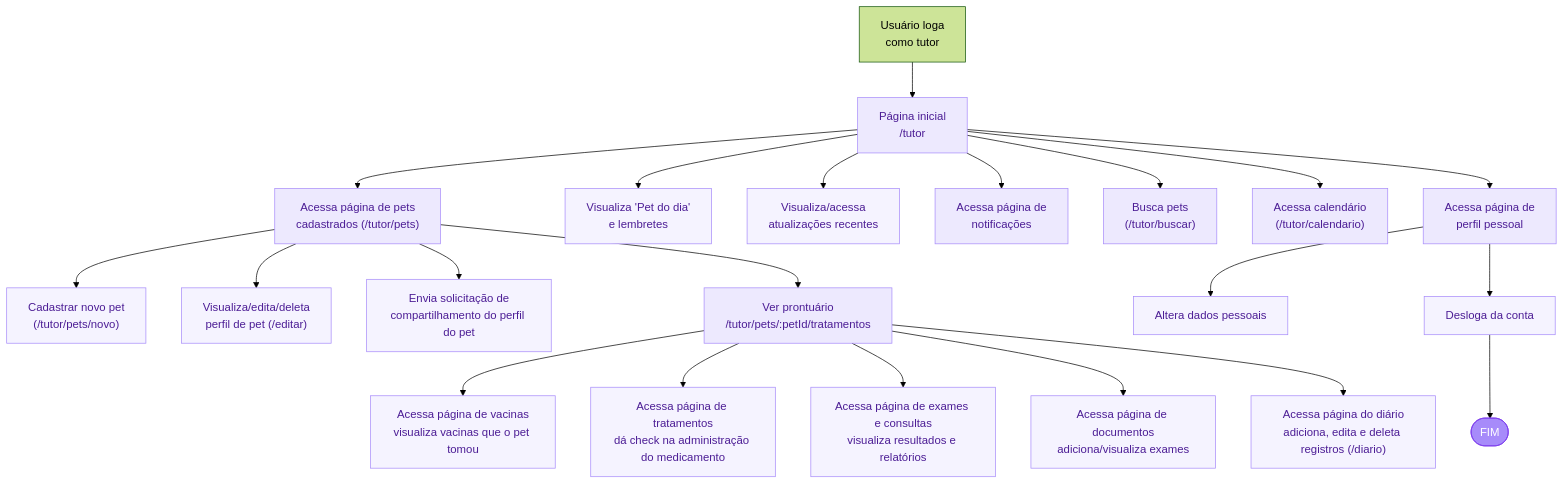
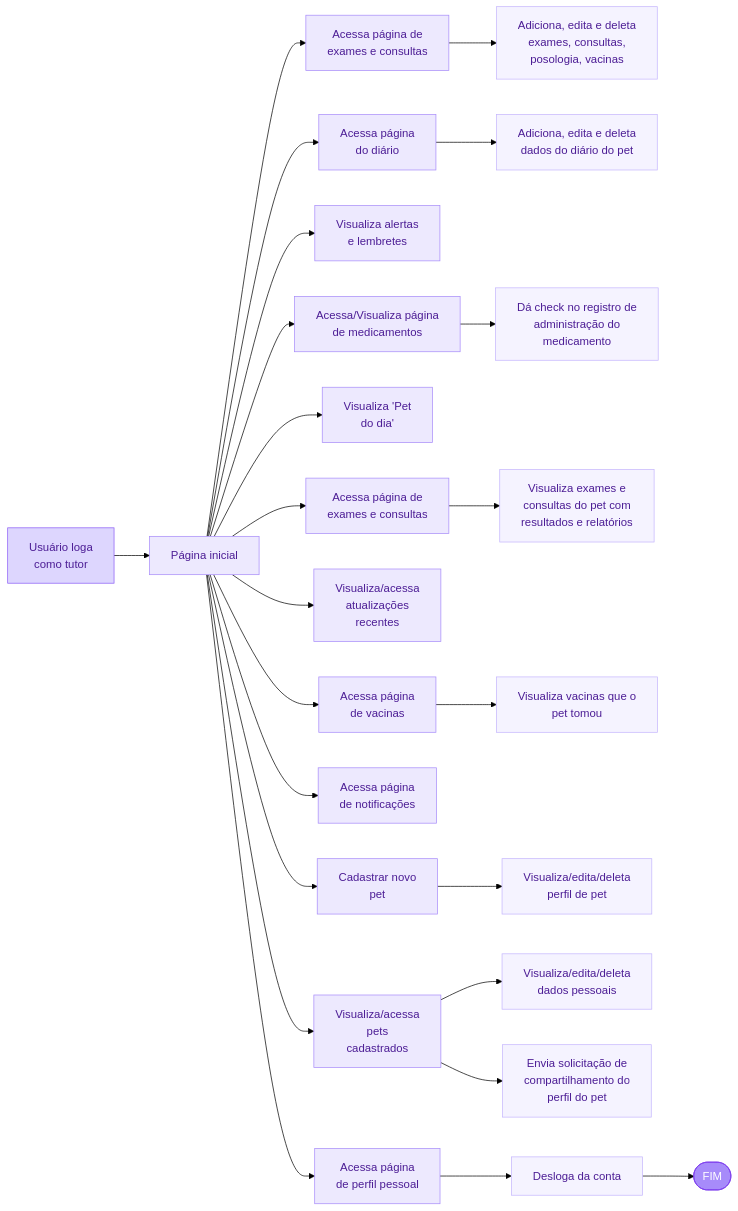
The second of 4 diagrams in docs-frontend-web-fluxo-wireframes.md (LaraPaulaSilva/petlife2copia), drawn with Mermaid (forest theme) before and after one commit. The commit also changed other lines of this file, not shown here.

Commit message:
docs: ajusta fluxograma para o padrão visual do grupo (3 blocos: login/tutor/vet)

````diff
--- a/docs-frontend-web-fluxo-wireframes.md
+++ b/docs-frontend-web-fluxo-wireframes.md
@@ -52,34 +56,48 @@
 ```mermaid
-flowchart TD
-    logaTutor["Usuário loga<br/>como tutor"] --> inicioT["Página inicial<br/>/tutor"]
+flowchart LR
+    logaTutor["Usuário loga<br/>como tutor"] --> inicioT["Página inicial"]
 
-    inicioT --> pets["Acessa página de pets<br/>cadastrados (/tutor/pets)"]
-    inicioT --> destaque["Visualiza 'Pet do dia'<br/>e lembretes"]
-    inicioT --> recentes["Visualiza/acessa<br/>atualizações recentes"]
-    inicioT --> notif["Acessa página de<br/>notificações"]
-    inicioT --> buscar["Busca pets<br/>(/tutor/buscar)"]
-    inicioT --> calendarioT["Acessa calendário<br/>(/tutor/calendario)"]
-    inicioT --> perfilT["Acessa página de<br/>perfil pessoal"]
+    %% paginas (coluna central) -> acoes (coluna esquerda)
+    inicioT --> p1["Acessa página de<br/>exames e consultas"]
+    p1 --> a1["Adiciona, edita e deleta<br/>exames, consultas,<br/>posologia, vacinas"]
 
-    pets --> novoPet["Cadastrar novo pet<br/>(/tutor/pets/novo)"]
-    pets --> editaPet["Visualiza/edita/deleta<br/>perfil de pet (/editar)"]
-    pets --> compartilhar["Envia solicitação de<br/>compartilhamento do perfil do pet"]
-    pets --> prontuarioT["Ver prontuário<br/>/tutor/pets/:petId/tratamentos"]
+    inicioT --> p2["Acessa página<br/>do diário"]
+    p2 --> a2["Adiciona, edita e deleta<br/>dados do diário do pet"]
 
-    prontuarioT --> vacinasT["Acessa página de vacinas<br/>visualiza vacinas que o pet tomou"]
-    prontuarioT --> medsT["Acessa página de tratamentos<br/>dá check na administração do medicamento"]
-    prontuarioT --> consultasT["Acessa página de exames e consultas<br/>visualiza resultados e relatórios"]
-    prontuarioT --> docsT["Acessa página de documentos<br/>adiciona/visualiza exames"]
-    prontuarioT --> diarioT["Acessa página do diário<br/>adiciona, edita e deleta registros (/diario)"]
+    inicioT --> p3["Visualiza alertas<br/>e lembretes"]
 
-    perfilT --> dadosT["Altera dados pessoais"]
-    perfilT --> logoutT["Desloga da conta"]
-    logoutT --> fimT(["FIM"])
+    inicioT --> p4["Acessa/Visualiza página<br/>de medicamentos"]
+    p4 --> a4["Dá check no registro de<br/>administração do<br/>medicamento"]
+
+    inicioT --> p5["Visualiza 'Pet<br/>do dia'"]
+
+    inicioT --> p6["Acessa página de<br/>exames e consultas"]
+    p6 --> a6["Visualiza exames e<br/>consultas do pet com<br/>resultados e relatórios"]
+
+    inicioT --> p7["Visualiza/acessa<br/>atualizações<br/>recentes"]
+
+    inicioT --> p8["Acessa página<br/>de vacinas"]
+    p8 --> a8["Visualiza vacinas que o<br/>pet tomou"]
+
+    inicioT --> p9["Acessa página<br/>de notificações"]
+
+    inicioT --> p10["Cadastrar novo<br/>pet"]
+    p10 --> a10["Visualiza/edita/deleta<br/>perfil de pet"]
+
+    inicioT --> p11["Visualiza/acessa<br/>pets<br/>cadastrados"]
+    p11 --> a11["Visualiza/edita/deleta<br/>dados pessoais"]
+    p11 --> a11b["Envia solicitação de<br/>compartilhamento do<br/>perfil do pet"]
+
+    inicioT --> p12["Acessa página<br/>de perfil pessoal"]
+    p12 --> desloga["Desloga da conta"]
+    desloga --> fimT(["FIM"])
 
     classDef tutor fill:#ede9fe,stroke:#a78bfa,color:#4c1d95;
-    classDef acaoT fill:#f5f3ff,stroke:#a78bfa,color:#4c1d95;
+    classDef acaoT fill:#f5f3ff,stroke:#c4b5fd,color:#4c1d95;
+    classDef logT fill:#ddd6fe,stroke:#8b5cf6,color:#4c1d95;
     classDef inicioFimT fill:#a78bfa,stroke:#7c3aed,color:#ffffff;
-    class inicioT,pets,notif,buscar,calendarioT,perfilT,prontuarioT tutor;
-    class destaque,recentes,novoPet,editaPet,compartilhar,vacinasT,medsT,consultasT,docsT,diarioT,dadosT,logoutT acaoT;
+    class inicioT,p1,p2,p3,p4,p5,p6,p7,p8,p9,p10,p11,p12 tutor;
+    class a1,a2,a4,a6,a8,a10,a11,a11b,desloga acaoT;
+    class logaTutor logT;
     class fimT inicioFimT;
 ```
````
